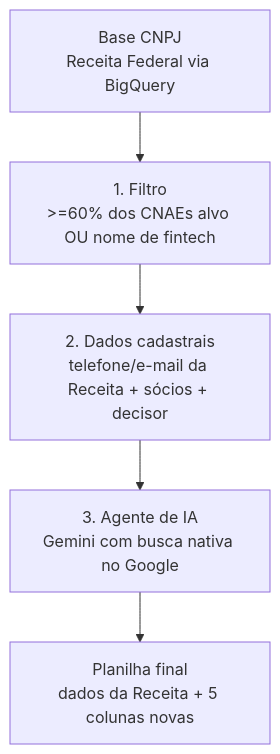
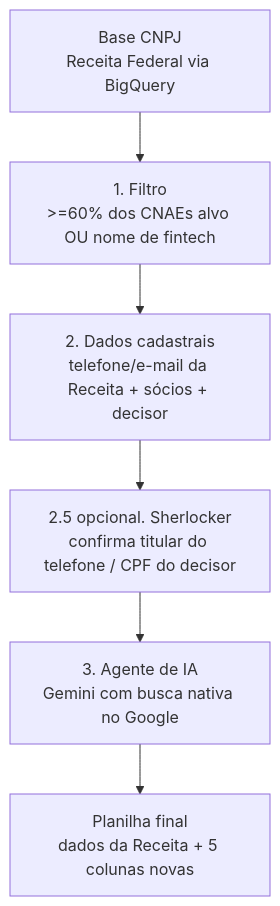
Before and after one commit to Binaryxz/docs: the diagram in guides/prospeccao-fintech.mdx, drawn with Mermaid. The commit also changed other lines of this file and 3 other files, not shown here.

First line of the commit message:
Adiciona verificação de titular de telefone via Sherlocker (etapa 2.5)

````diff
--- a/guides/prospeccao-fintech.mdx
+++ b/guides/prospeccao-fintech.mdx
@@ -9,7 +9,8 @@
 ```mermaid
 flowchart TD
     A[Base CNPJ<br/>Receita Federal via BigQuery] --> B[1. Filtro<br/>>=60% dos CNAEs alvo OU nome de fintech]
     B --> C[2. Dados cadastrais<br/>telefone/e-mail da Receita + sócios + decisor]
-    C --> D[3. Agente de IA<br/>Gemini com busca nativa no Google]
+    C --> C2[2.5 opcional. Sherlocker<br/>confirma titular do telefone / CPF do decisor]
+    C2 --> D[3. Agente de IA<br/>Gemini com busca nativa no Google]
     D --> E[Planilha final<br/>dados da Receita + 5 colunas novas]
 ```
````
